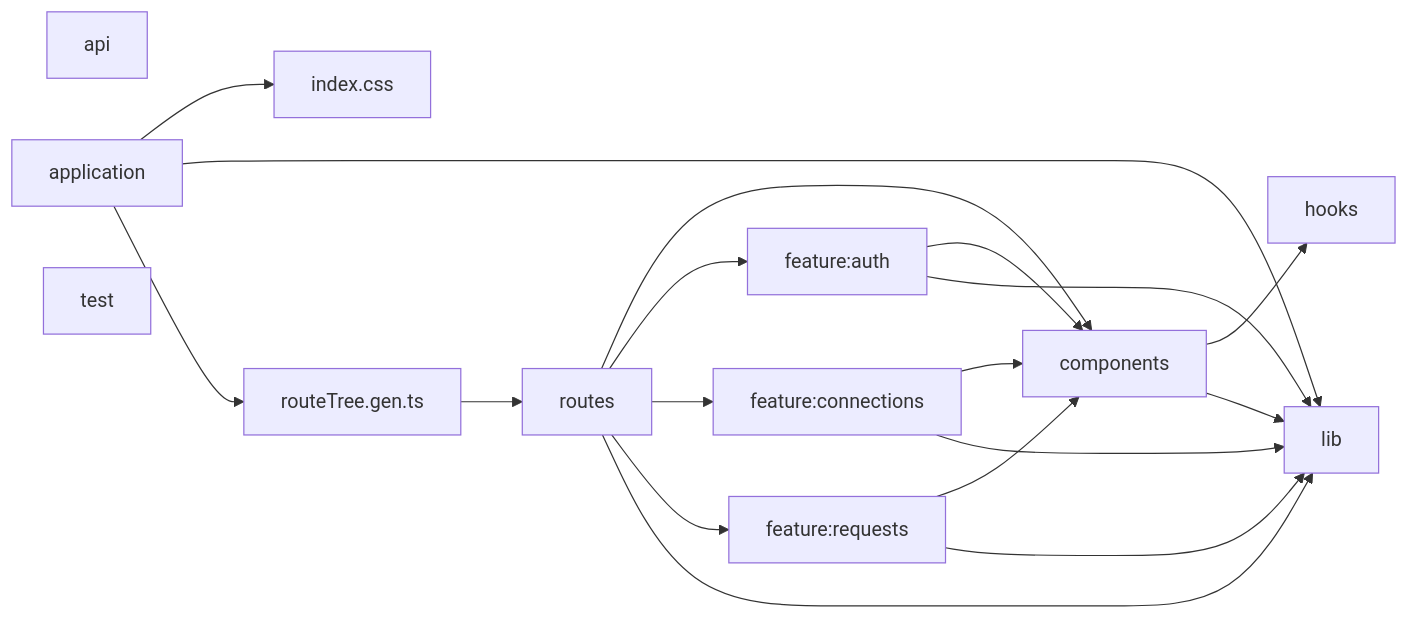
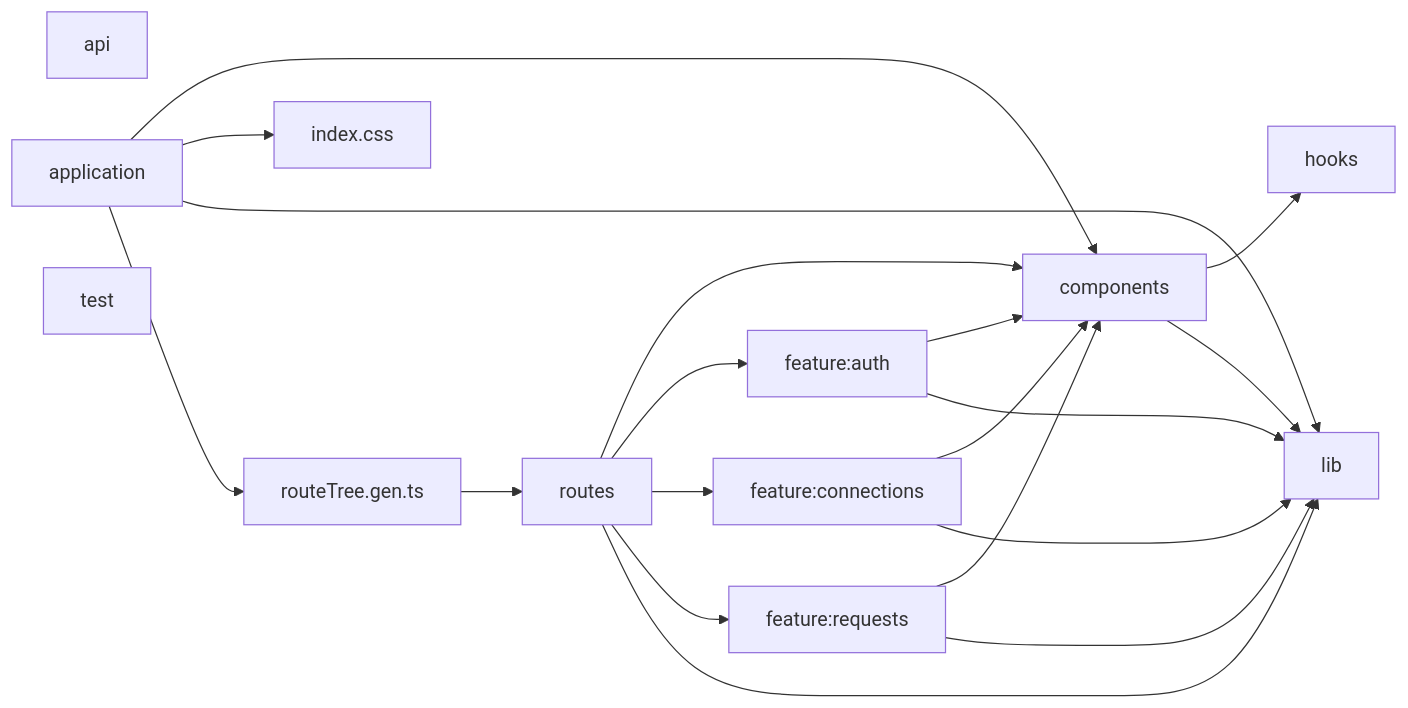
Before and after one commit to zzwtsy/ai-api-gateway: the second of 2 diagrams in docs/architecture/generated-module-graph.md, drawn with Mermaid. The commit also changed other lines of this file and 41 other files, not shown here.

````diff
--- a/docs/architecture/generated-module-graph.md
+++ b/docs/architecture/generated-module-graph.md
@@ -87,32 +88,33 @@
 ```mermaid
 flowchart LR
   n_617069["api"]
   n_6170706c69636174696f6e["application"]
   n_636f6d706f6e656e7473["components"]
   n_666561747572653a61757468["feature:auth"]
   n_666561747572653a636f6e6e656374696f6e73["feature:connections"]
   n_666561747572653a7265717565737473["feature:requests"]
   n_686f6f6b73["hooks"]
   n_696e6465782e637373["index.css"]
   n_6c6962["lib"]
   n_726f757465547265652e67656e2e7473["routeTree.gen.ts"]
   n_726f75746573["routes"]
   n_74657374["test"]
+  n_6170706c69636174696f6e --> n_636f6d706f6e656e7473
   n_6170706c69636174696f6e --> n_696e6465782e637373
   n_6170706c69636174696f6e --> n_6c6962
   n_6170706c69636174696f6e --> n_726f757465547265652e67656e2e7473
   n_636f6d706f6e656e7473 --> n_686f6f6b73
   n_636f6d706f6e656e7473 --> n_6c6962
   n_666561747572653a61757468 --> n_636f6d706f6e656e7473
   n_666561747572653a61757468 --> n_6c6962
   n_666561747572653a636f6e6e656374696f6e73 --> n_636f6d706f6e656e7473
   n_666561747572653a636f6e6e656374696f6e73 --> n_6c6962
   n_666561747572653a7265717565737473 --> n_636f6d706f6e656e7473
   n_666561747572653a7265717565737473 --> n_6c6962
   n_726f75746573 --> n_636f6d706f6e656e7473
   n_726f75746573 --> n_666561747572653a61757468
   n_726f75746573 --> n_666561747572653a636f6e6e656374696f6e73
   n_726f75746573 --> n_666561747572653a7265717565737473
   n_726f75746573 --> n_6c6962
   n_726f757465547265652e67656e2e7473 --> n_726f75746573
 ```
````
